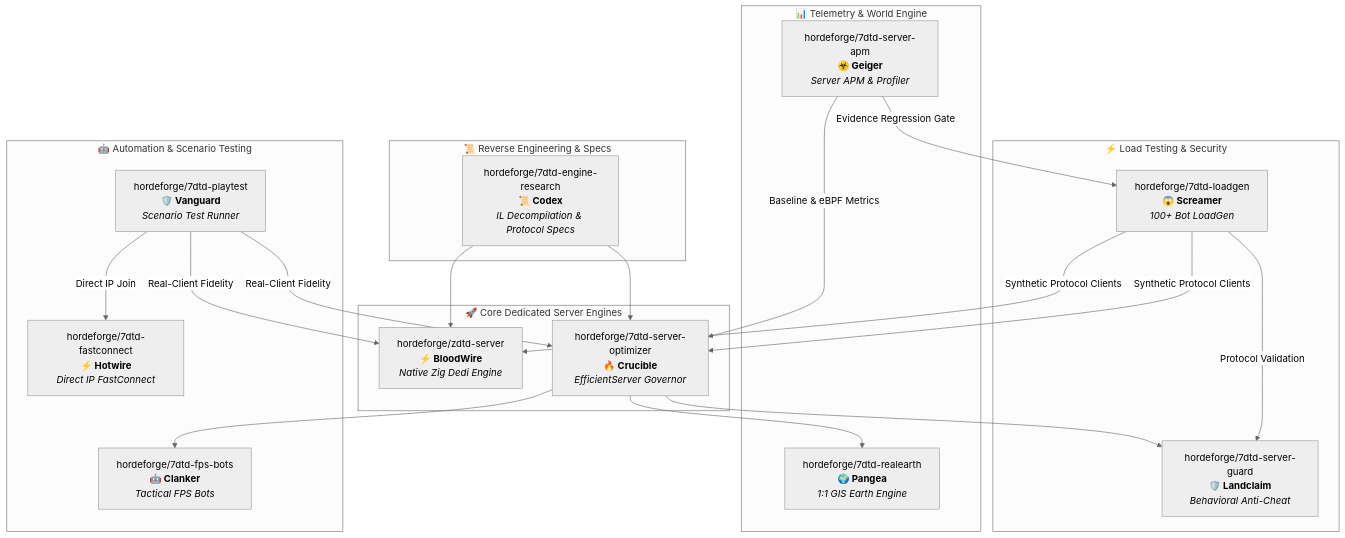
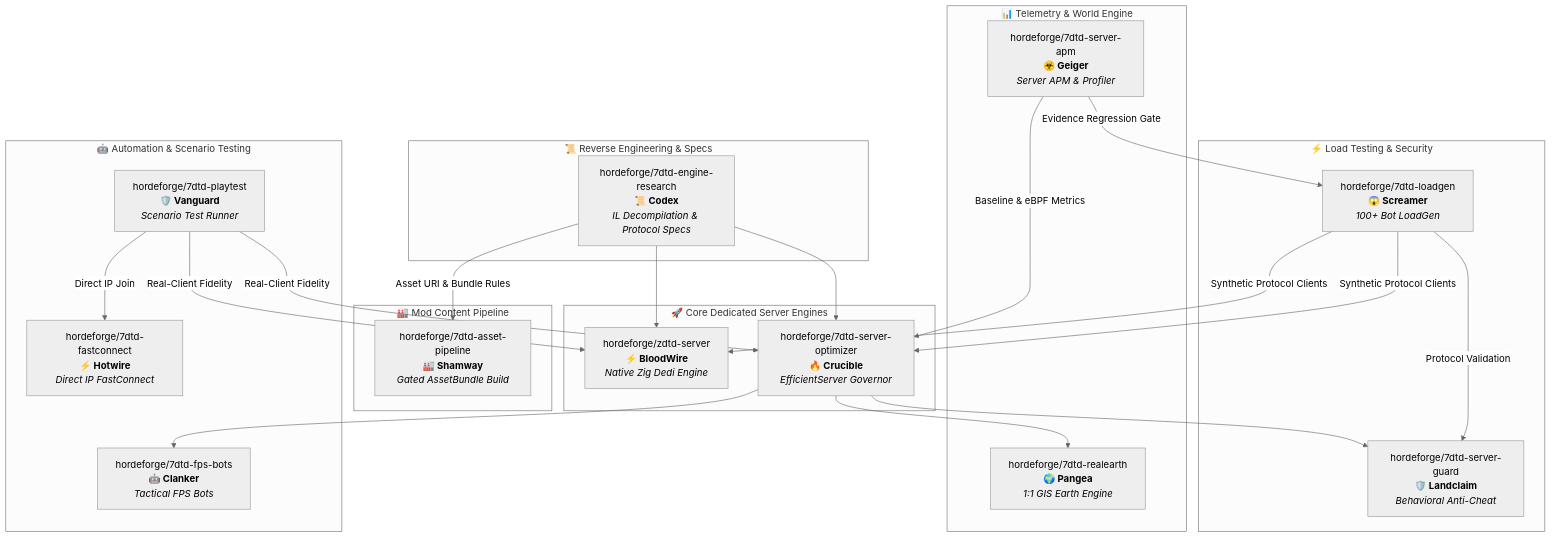
One commit to hordeforge/.github changed the diagram in profile/README.md. Above: the diagram before and after it, drawn with Mermaid (neutral theme). The commit also changed other lines of this file and 2 other files, not shown here.

Commit message:
Add the asset pipeline to the org profile and workspace docs
7dtd-asset-pipeline moved into the hordeforge organization, so the places that
enumerate the ecosystem now list it:

- profile/README.md: a Shamway row in the repository table, a Mod Content
  Pipeline node in the architecture diagram fed by the engine research that
  states the asset rules, and a pointer from the Asset URI Protocols bullet
- AGENTS.md: the projects table, the boundaries block, and the rule that mod
  asset bundles are built only through that repository
- MODDING_BEST_PRACTICES.md: the authoring tooling map, and the assets section
  gains what a bundle needs before the runtime will accept it

````diff
--- a/profile/README.md
+++ b/profile/README.md
@@ -57,45 +58,50 @@
 ```mermaid
 flowchart TD
     subgraph Research ["📜 Reverse Engineering & Specs"]
         RES["hordeforge/7dtd-engine-research<br><b>📜 Codex</b><br><i>IL Decompilation & Protocol Specs</i>"]
     end
 
     subgraph CoreRuntimes ["🚀 Core Dedicated Server Engines"]
         ZDTD["hordeforge/zdtd-server<br><b>⚡ BloodWire</b><br><i>Native Zig Dedi Engine</i>"]
         OPT["hordeforge/7dtd-server-optimizer<br><b>🔥 Crucible</b><br><i>EfficientServer Governor</i>"]
     end
 
     subgraph LoadAndGuard ["⚡ Load Testing & Security"]
         LOAD["hordeforge/7dtd-loadgen<br><b>😱 Screamer</b><br><i>100+ Bot LoadGen</i>"]
         GUARD["hordeforge/7dtd-server-guard<br><b>🛡️ Landclaim</b><br><i>Behavioral Anti-Cheat</i>"]
     end
 
     subgraph TelemetryAndWorld ["📊 Telemetry & World Engine"]
         APM["hordeforge/7dtd-server-apm<br><b>☣️ Geiger</b><br><i>Server APM & Profiler</i>"]
         REAL["hordeforge/7dtd-realearth<br><b>🌍 Pangea</b><br><i>1:1 GIS Earth Engine</i>"]
     end
 
+    subgraph ContentPipeline ["🏭 Mod Content Pipeline"]
+        SHAM["hordeforge/7dtd-asset-pipeline<br><b>🏭 Shamway</b><br><i>Gated AssetBundle Build</i>"]
+    end
+
     subgraph BotAndAutomation ["🤖 Automation & Scenario Testing"]
         PLAY["hordeforge/7dtd-playtest<br><b>🛡️ Vanguard</b><br><i>Scenario Test Runner</i>"]
         BOT["hordeforge/7dtd-fps-bots<br><b>🤖 Clanker</b><br><i>Tactical FPS Bots</i>"]
         CONN["hordeforge/7dtd-fastconnect<br><b>⚡ Hotwire</b><br><i>Direct IP FastConnect</i>"]
     end
 
     RES --> ZDTD
     RES --> OPT
+    RES -->|Asset URI & Bundle Rules| SHAM
 
     LOAD -->|Synthetic Protocol Clients| ZDTD
     LOAD -->|Synthetic Protocol Clients| OPT
     LOAD -->|Protocol Validation| GUARD
 
     APM -->|Baseline & eBPF Metrics| OPT
     APM -->|Evidence Regression Gate| LOAD
 
     PLAY -->|Real-Client Fidelity| ZDTD
     PLAY -->|Real-Client Fidelity| OPT
     PLAY -->|Direct IP Join| CONN
 
     OPT --> GUARD
     OPT --> REAL
     OPT --> BOT
 ```
````
